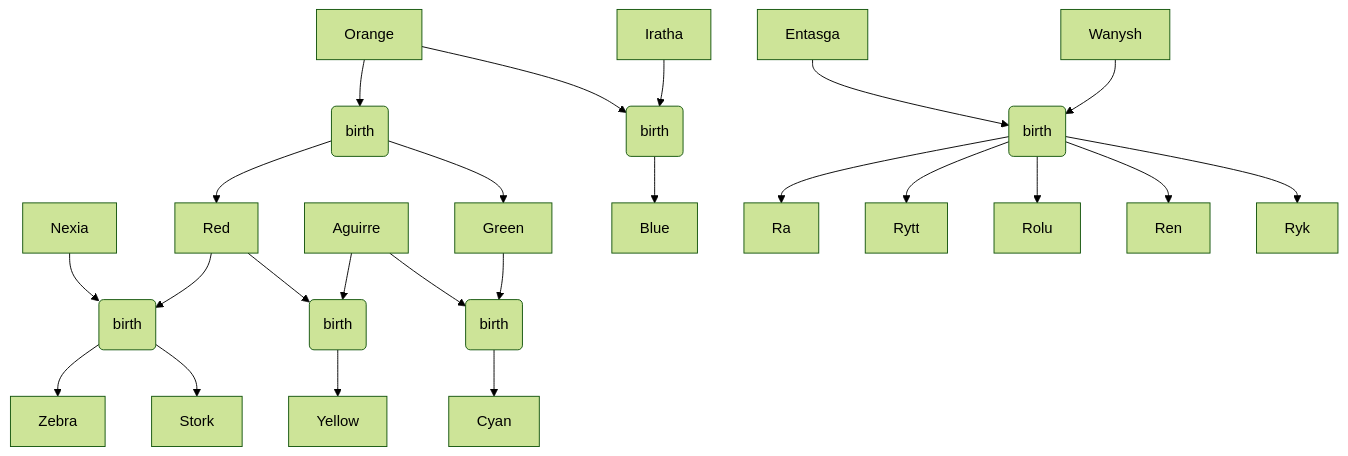
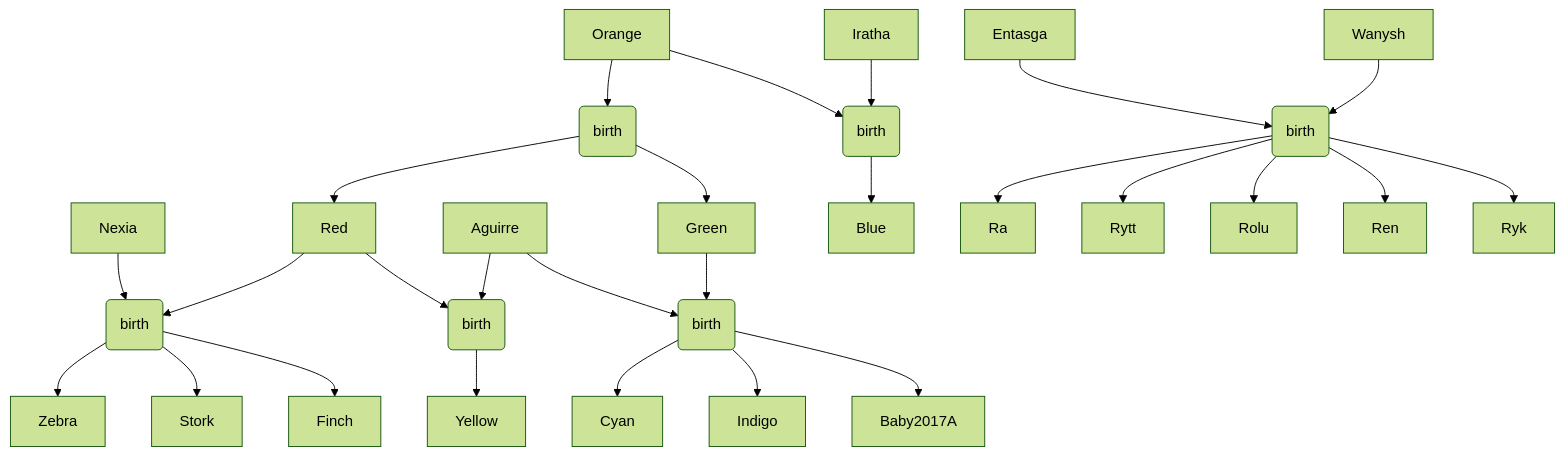
Before and after one commit to WuphonsReach/rimworld-notes: the diagram in plays/SparrowTribe2025/FamilyTrees.md, drawn with Mermaid (forest theme). The commit also changed other lines of this file and 1 other file, not shown here.

````diff
--- a/plays/SparrowTribe2025/FamilyTrees.md
+++ b/plays/SparrowTribe2025/FamilyTrees.md
@@ -5,31 +5,34 @@
 ```mermaid
 ---
   config:
     class:
       hideEmptyMembersBox: true
 ---
 flowchart
   Orange --> OrangeMarriage(birth)
   OrangeMarriage --> Red
   Nexia --> RedNexia(birth)
   Red --> RedNexia(birth)
   RedNexia --> Zebra
   RedNexia --> Stork
+  RedNexia --> Finch
   Red --> RedAguirre(birth)
   Aguirre --> RedAguirre(birth)
   OrangeMarriage --> Green
   Orange --> OrangeIratha(birth)
   Iratha --> OrangeIratha(birth)
   OrangeIratha --> Blue
   Entasga --> EntasgaWanysh(birth)
   Wanysh --> EntasgaWanysh(birth)
   EntasgaWanysh --> Ra
   EntasgaWanysh --> Rytt
   EntasgaWanysh --> Rolu
   EntasgaWanysh --> Ren
   EntasgaWanysh --> Ryk
   RedAguirre --> Yellow
   Aguirre --> GreenAguirre(birth)
   Green --> GreenAguirre(birth) 
   GreenAguirre --> Cyan
+  GreenAguirre --> Indigo
+  GreenAguirre --> Baby2017A
 ```
````
